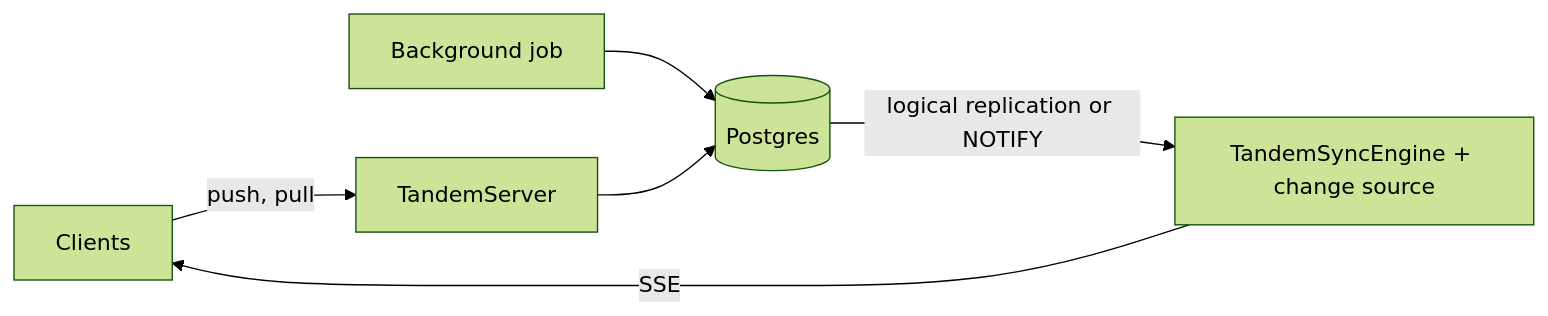
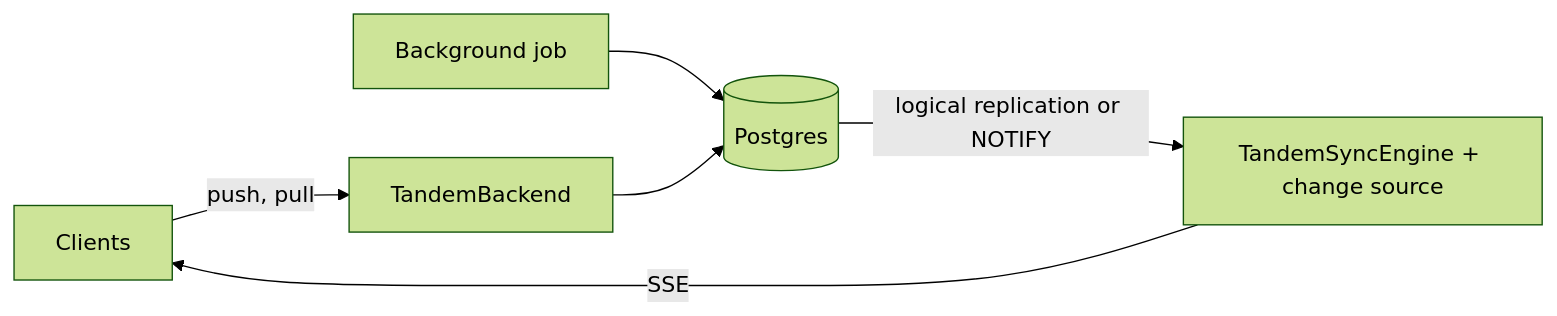
The third of 4 diagrams in .diffmap/specs/tandem-sync-engine-refactor/02-target-architecture.md (tanishqkancharla/tandem), drawn with Mermaid (forest theme) before and after one commit. The commit also changed other lines of this file and 9 other files, not shown here.

Commit message:
Spec: name the stateless piece TandemBackend, make TandemServer the bundle, plan per-room Durable Objects

````diff
--- a/.diffmap/specs/tandem-sync-engine-refactor/02-target-architecture.md
+++ b/.diffmap/specs/tandem-sync-engine-refactor/02-target-architecture.md
@@ -91,8 +146,8 @@
 ```mermaid [Mode 3: change feed]
 flowchart LR
-    C[Clients] -->|push, pull| F[TandemServer]
+    C[Clients] -->|push, pull| F[TandemBackend]
     J[Background job] --> DB
     F --> DB[(Postgres)]
     DB -->|logical replication or NOTIFY| E[TandemSyncEngine + change source]
     E -->|SSE| C
 ```
````
